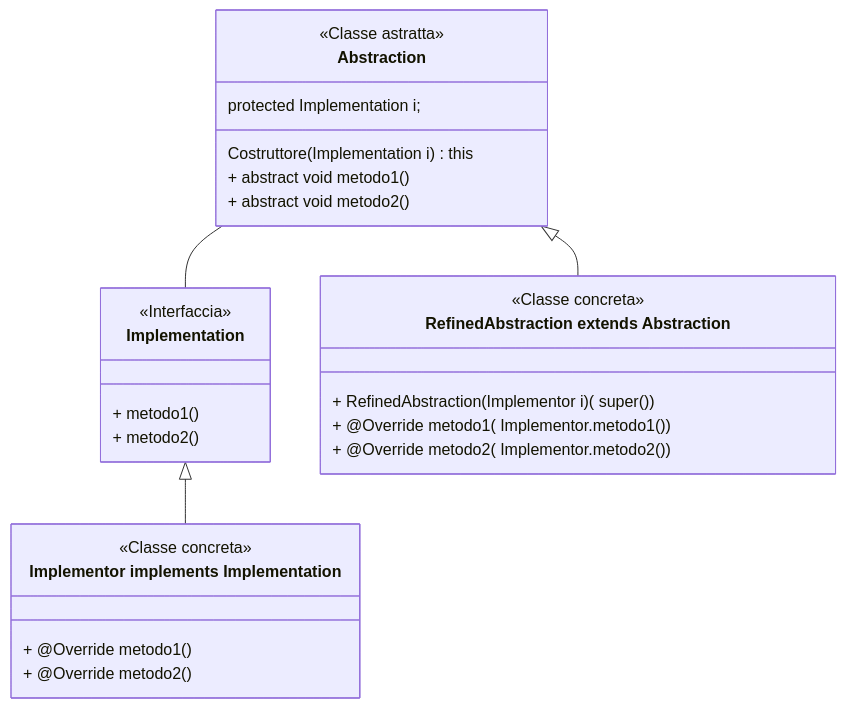
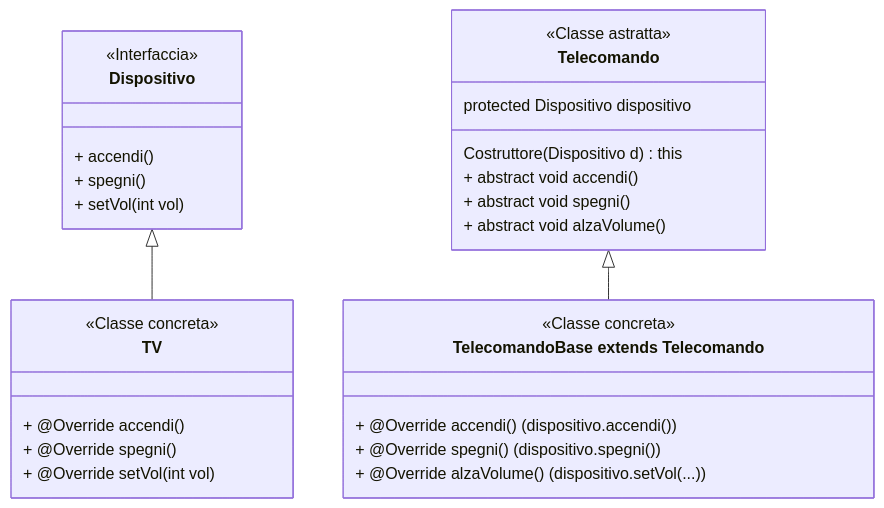
The tenth of 12 diagrams in universita/oop.md (comarandr/comarandr.github.io), drawn with Mermaid before and after one commit. The commit also changed other lines of this file and 2 other files, not shown here.

````diff
--- a/universita/oop.md
+++ b/universita/oop.md
@@ -1289,35 +1297,32 @@
 ```mermaid
----
-    config:
-        class:
-            hideEmptyMembersBox: true
----
 classDiagram
-    class Abstraction{
+    class Dispositivo{
+        <<Interfaccia>>
+        + accendi()
+        + spegni()
+        + setVol(int vol)
+    }
+    class TV{
+        <<Classe concreta>>
+        + @Override accendi()
+        + @Override spegni()
+        + @Override setVol(int vol)
+    }
+    class Telecomando{
         <<Classe astratta>>
-        protected Implementation i;
-        Costruttore(Implementation i) this
-        + abstract void metodo1()
-        + abstract void metodo2()
+        protected Dispositivo dispositivo
+        Costruttore(Dispositivo d) this
+        + abstract void accendi()
+        + abstract void spegni()
+        + abstract void alzaVolume()
+    }
+    class `TelecomandoBase extends Telecomando`{
+        <<Classe concreta>>
+        + @Override accendi() (dispositivo.accendi())
+        + @Override spegni() (dispositivo.spegni())
+        + @Override alzaVolume() (dispositivo.setVol(...))
+    }
 
-    }
-    class Implementation{
-        <<Interfaccia>>
-        + metodo1()
-        + metodo2()
-    }
-    class `RefinedAbstraction extends Abstraction`{
-        <<Classe concreta>>
-        + RefinedAbstraction(Implementor i)( super() )
-        + @Override metodo1( Implementor.metodo1())
-        + @Override metodo2( Implementor.metodo2())
-    }
-    class `Implementor implements Implementation`{
-        <<Classe concreta>> 
-        + @Override metodo1()
-        + @Override metodo2()
-    }
-    Abstraction -- Implementation
-    Abstraction <|-- `RefinedAbstraction extends Abstraction`
-    Implementation <|-- `Implementor implements Implementation`
+    Dispositivo <|-- TV
+    Telecomando <|-- `TelecomandoBase extends Telecomando`
 ```
````
